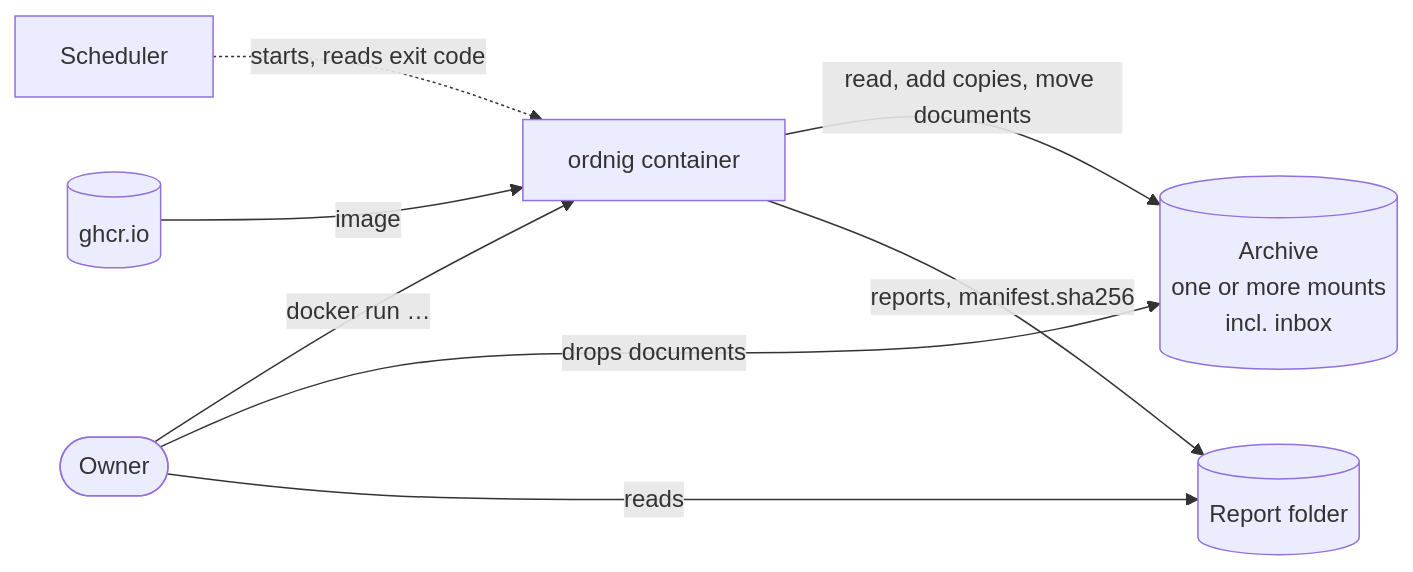
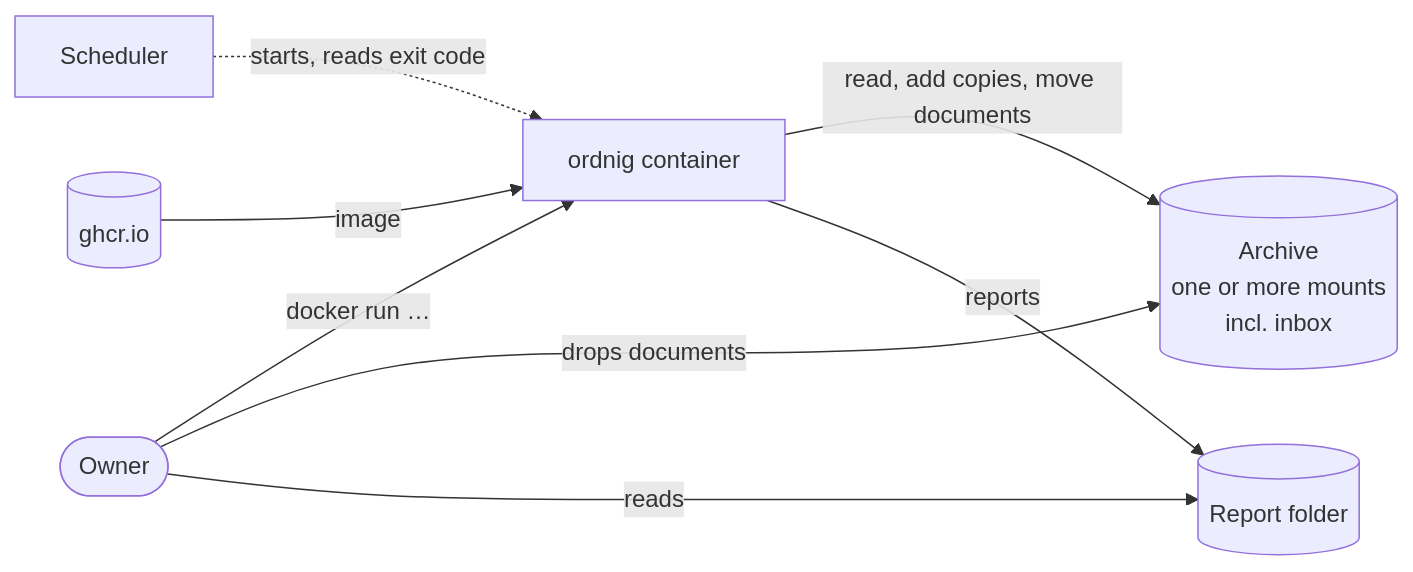
The diagram in docs/arc42/03-context-and-scope.md (Tiliavir/ordnig), drawn with Mermaid before and after one commit. The commit also changed other lines of this file and 12 other files, not shown here.

````diff
--- a/docs/arc42/03-context-and-scope.md
+++ b/docs/arc42/03-context-and-scope.md
@@ -3,10 +3,10 @@
 ```mermaid
 flowchart LR
     U([Owner]) -- "docker run …" --> O[ordnig container]
     O -- "read, add copies, move documents" --> A[(Archive\none or more mounts\nincl. inbox)]
-    O -- "reports, manifest.sha256" --> R[(Report folder)]
+    O -- "reports" --> R[(Report folder)]
     U -- "drops documents" --> A
     U -- "reads" --> R
     S[Scheduler] -. "starts, reads exit code" .-> O
     REG[(ghcr.io)] -- "image" --> O
 ```
````
